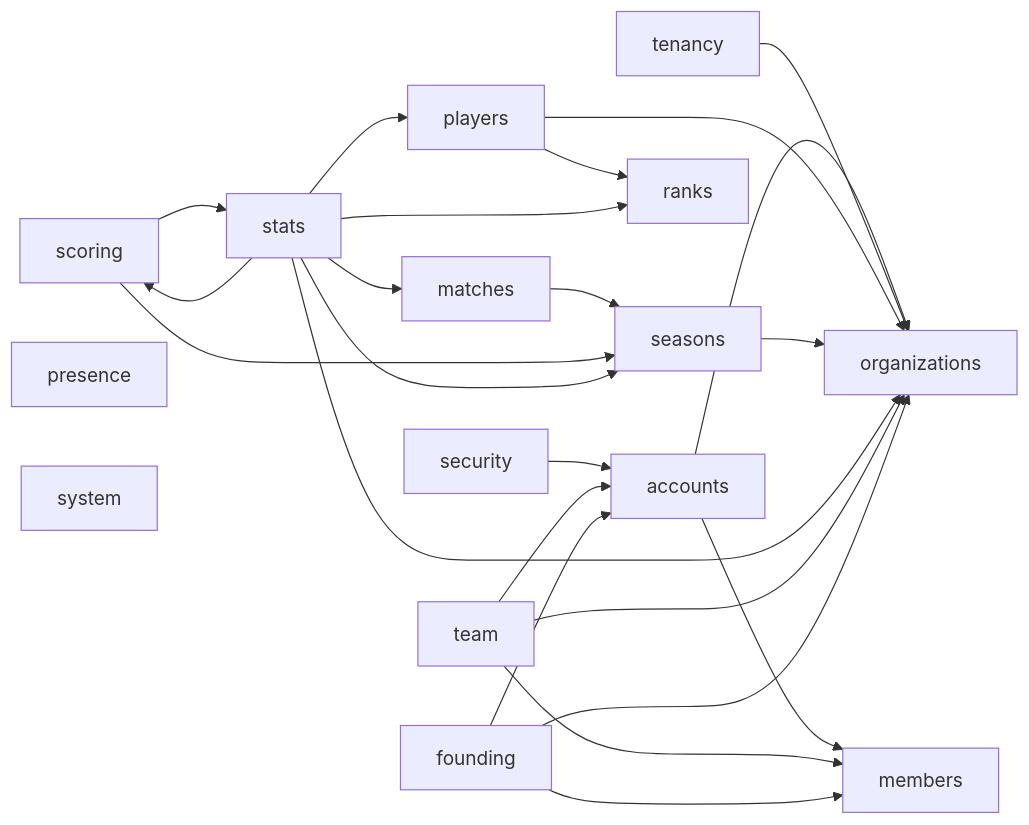
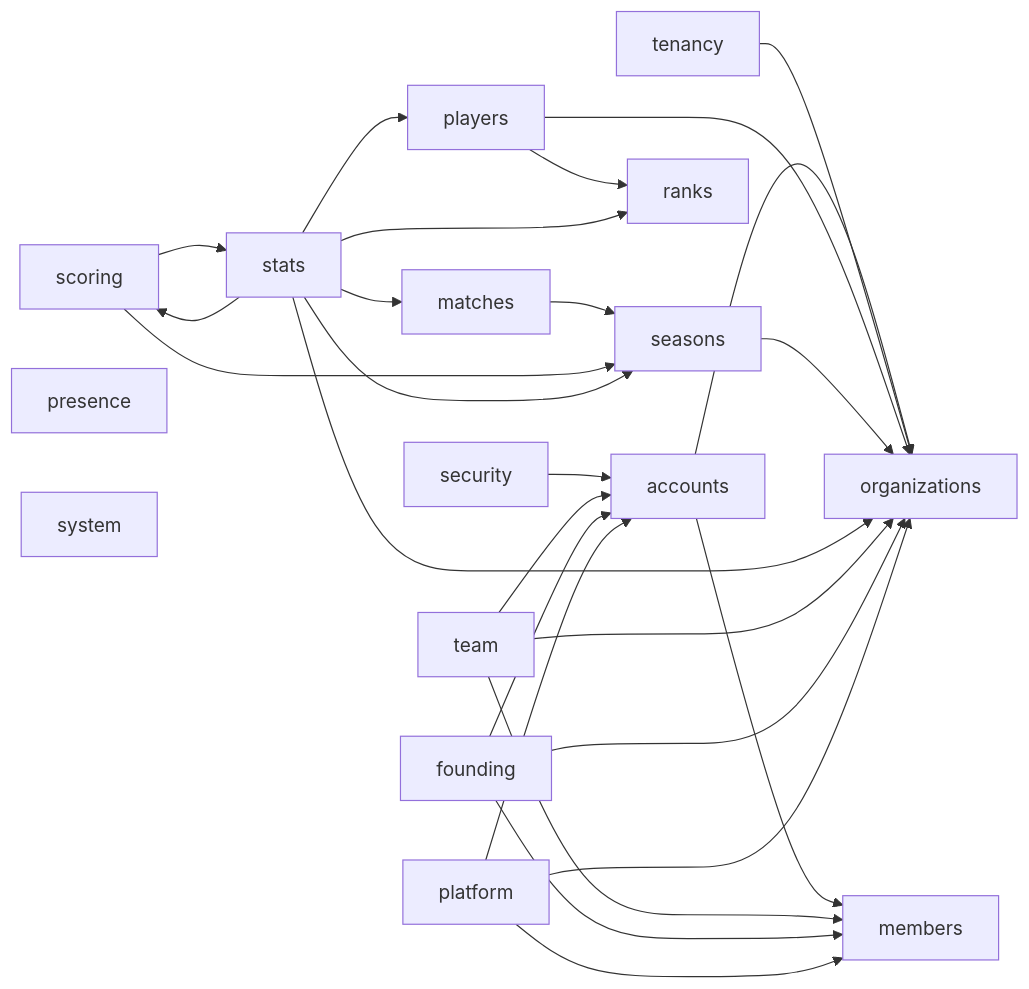
One commit to irmahs-labs/tournament-leaderboard changed the third of 7 diagrams in docs/context-graph.md. Above: the diagram before and after it, drawn with Mermaid. The commit also changed other lines of this file, not shown here.

Commit message:
docs: the platform package and screen in the context graph

````diff
--- a/docs/context-graph.md
+++ b/docs/context-graph.md
@@ -42,27 +42,30 @@
 ```mermaid
 flowchart LR
     security --> accounts
     accounts --> members
     accounts --> organizations
     tenancy --> organizations
     players --> organizations
     players --> ranks
     seasons --> organizations
     matches --> seasons
     scoring --> seasons
     scoring --> stats
     stats --> matches
     stats --> organizations
     stats --> players
     stats --> ranks
     stats --> scoring
     stats --> seasons
     team --> accounts
     team --> members
     team --> organizations
     founding --> accounts
     founding --> members
     founding --> organizations
+    platform --> accounts
+    platform --> members
+    platform --> organizations
     presence
     system
 ```
````
